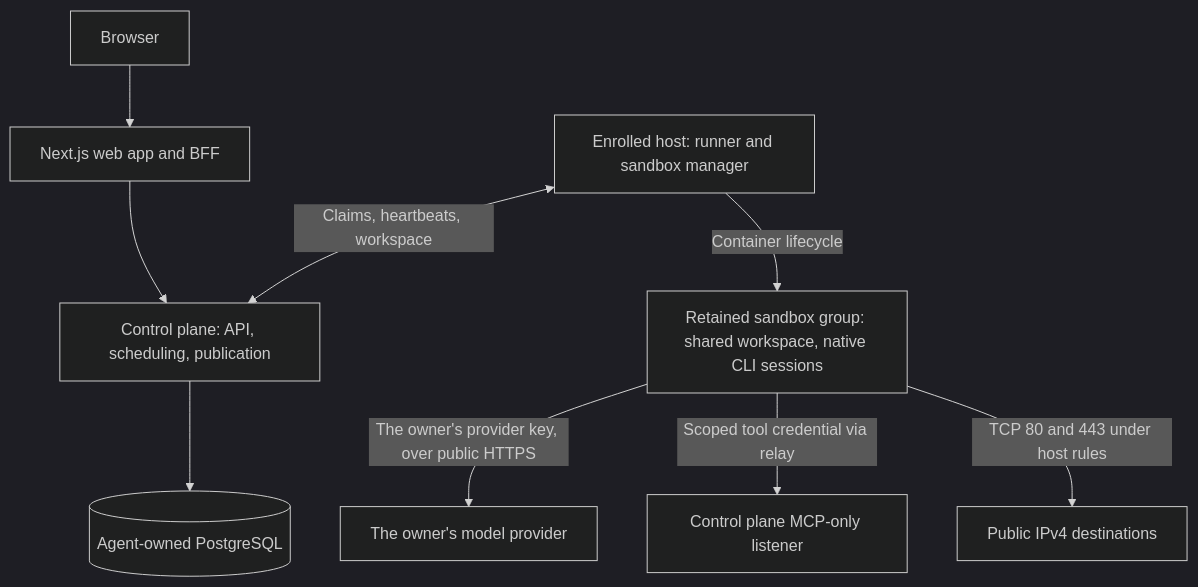
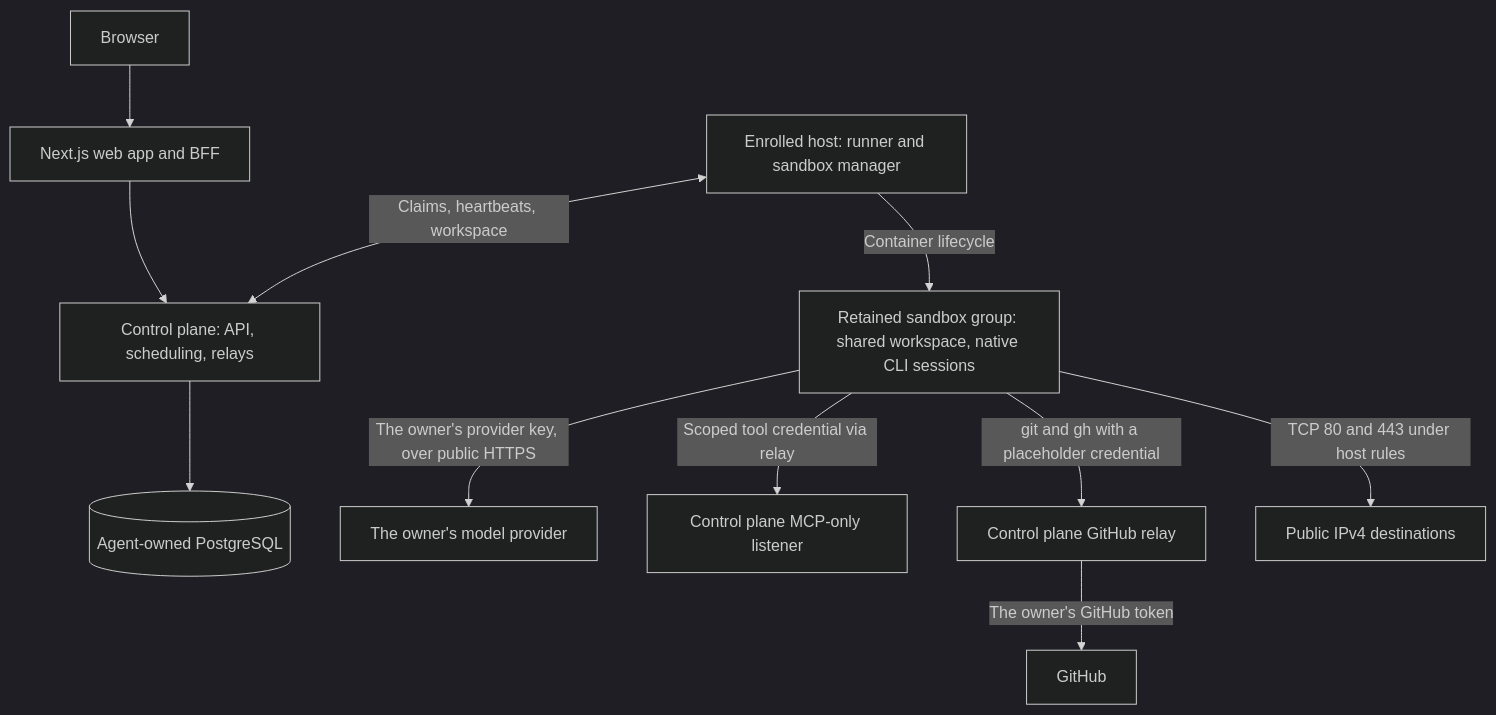
One commit to HarvardMadSys/hybridInference-cloud-agent changed the diagram in README.md. Above: the diagram before and after it, drawn with Mermaid (dark theme). The commit also changed other lines of this file and 242 other files, not shown here.

````diff
--- a/README.md
+++ b/README.md
@@ -97,11 +98,13 @@
 ```mermaid
 flowchart TD
     Browser[Browser] --> Web[Next.js web app and BFF]
-    Web --> Control[Control plane: API, scheduling, publication]
+    Web --> Control[Control plane: API, scheduling, relays]
     Control --> Database[(Agent-owned PostgreSQL)]
     Host[Enrolled host: runner and sandbox manager] <-->|Claims, heartbeats, workspace| Control
     Host -->|Container lifecycle| Sandbox[Retained sandbox group: shared workspace, native CLI sessions]
     Sandbox -->|The owner's provider key, over public HTTPS| Provider[The owner's model provider]
     Sandbox -->|Scoped tool credential via relay| MCP[Control plane MCP-only listener]
+    Sandbox -->|git and gh with a placeholder credential| GitHubRelay[Control plane GitHub relay]
+    GitHubRelay -->|The owner's GitHub token| GitHub[GitHub]
     Sandbox -->|TCP 80 and 443 under host rules| Public[Public IPv4 destinations]
 ```
````
